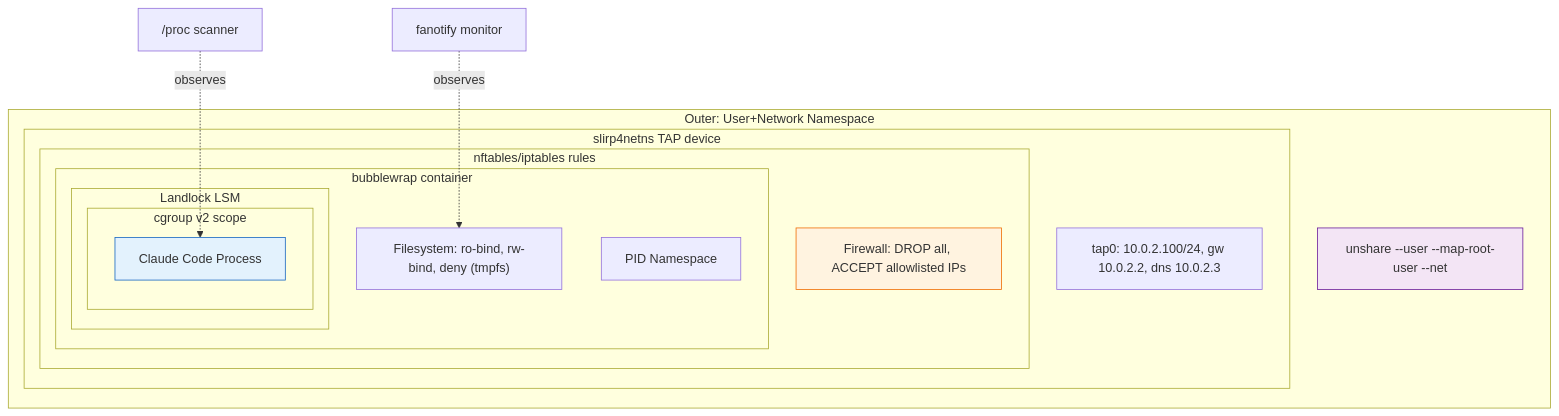
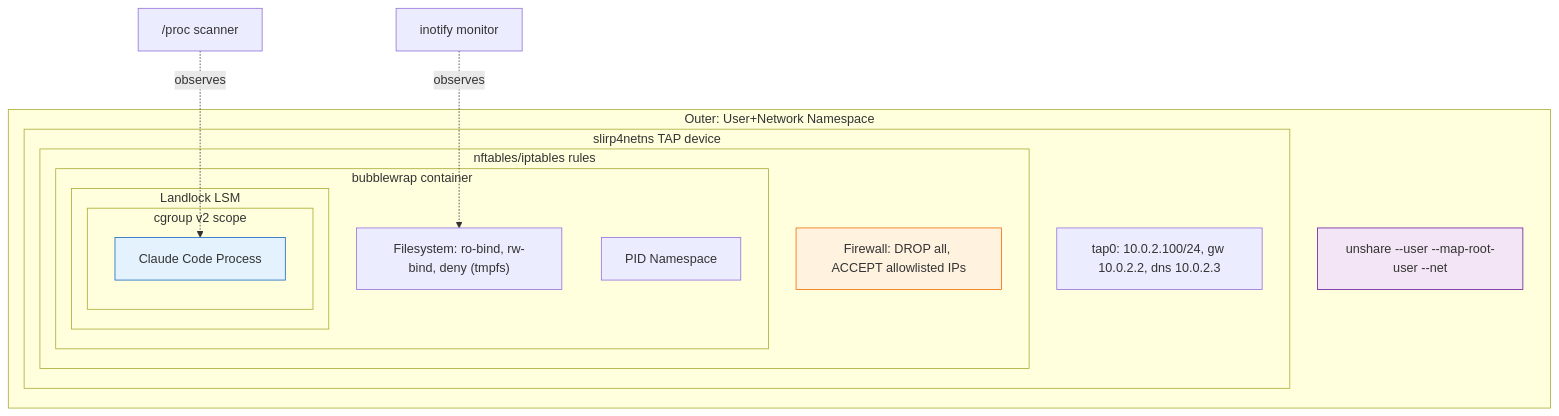
The fourth of 6 diagrams in docs/ARCHITECTURE.md (lexicone42/gleisner), drawn with Mermaid before and after one commit. The commit also changed other lines of this file and 14 other files, not shown here.

First line of the commit message:
Replace fanotify with inotify + snapshot reconciliation

````diff
--- a/docs/ARCHITECTURE.md
+++ b/docs/ARCHITECTURE.md
@@ -402,28 +403,28 @@
 ```mermaid
 graph TB
     subgraph "Outer: User+Network Namespace"
         subgraph "slirp4netns TAP device"
             subgraph "nftables/iptables rules"
                 subgraph "bubblewrap container"
                     subgraph "Landlock LSM"
                         subgraph "cgroup v2 scope"
                             CC["Claude Code Process"]
                         end
                     end
                     FS["Filesystem: ro-bind, rw-bind, deny (tmpfs)"]
                     PID["PID Namespace"]
                 end
                 FW["Firewall: DROP all, ACCEPT allowlisted IPs"]
             end
             TAP["tap0: 10.0.2.100/24, gw 10.0.2.2, dns 10.0.2.3"]
         end
         NS["unshare --user --map-root-user --net"]
     end
 
-    FAN["fanotify monitor"] -.->|observes| FS
+    INO["inotify monitor"] -.->|observes| FS
     PROC["/proc scanner"] -.->|observes| CC
 
     style CC fill:#e3f2fd,stroke:#1565c0
     style FW fill:#fff3e0,stroke:#ef6c00
     style NS fill:#f3e5f5,stroke:#6a1b9a
 ```
````
